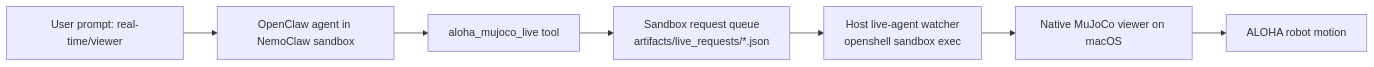
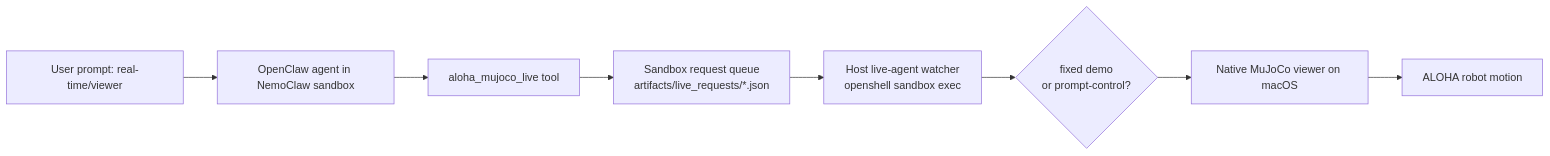
The second of 3 diagrams in docs/architecture.md (syun88/NemoClaw2Robot), drawn with Mermaid before and after one commit. The commit also changed other lines of this file and 17 other files, not shown here.

````diff
--- a/docs/architecture.md
+++ b/docs/architecture.md
@@ -33,9 +33,10 @@
 ```mermaid
 flowchart LR
     U["User prompt: real-time/viewer"] --> A["OpenClaw agent in NemoClaw sandbox"]
     A --> L["aloha_mujoco_live tool"]
     L --> Q["Sandbox request queue<br/>artifacts/live_requests/*.json"]
     Q --> W["Host live-agent watcher<br/>openshell sandbox exec"]
-    W --> V["Native MuJoCo viewer on macOS"]
+    W --> D{"fixed demo<br/>or prompt-control?"}
+    D --> V["Native MuJoCo viewer on macOS"]
     V --> R["ALOHA robot motion"]
 ```
````
